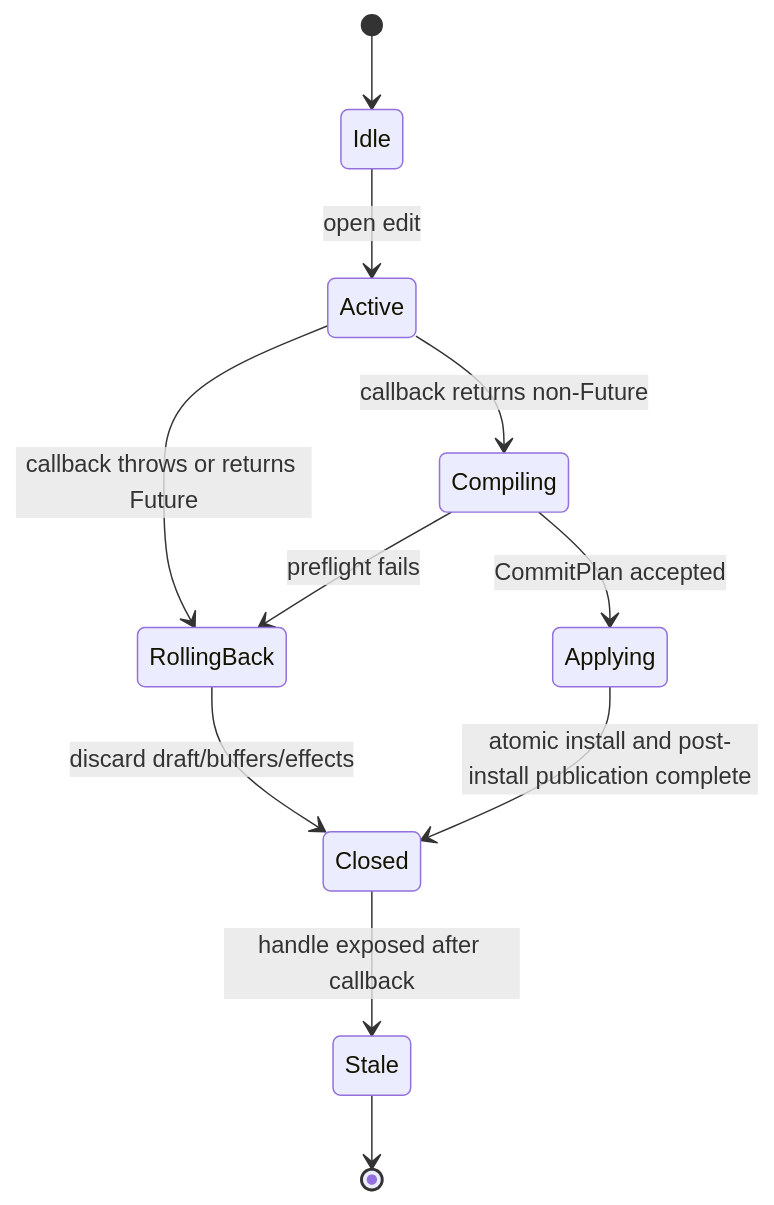
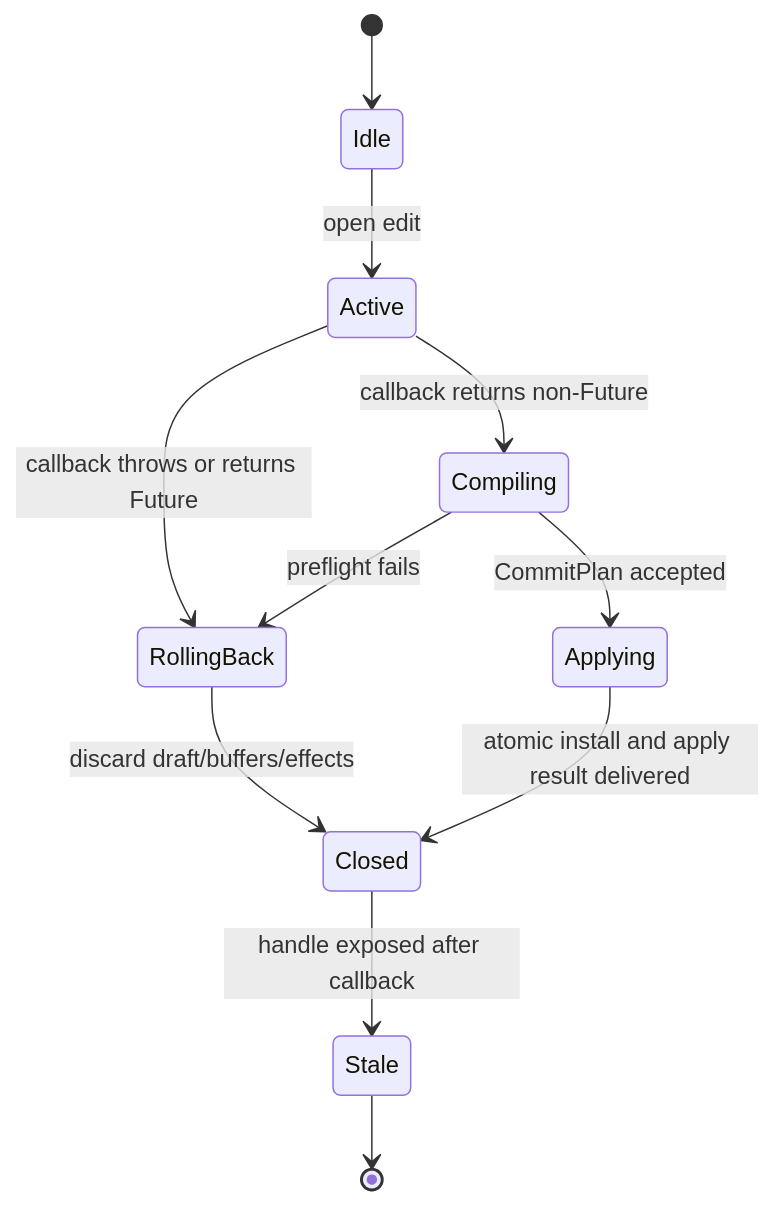
One commit to GreatPika/iwb_canvas_engine changed the fourth of 4 diagrams in .design/2026-05-24-p5-edit-core.md. Above: the diagram before and after it, drawn with Mermaid. The commit also changed other lines of this file, not shown here.

````diff
--- a/.design/2026-05-24-p5-edit-core.md
+++ b/.design/2026-05-24-p5-edit-core.md
@@ -445,13 +486,13 @@
 ```mermaid
 stateDiagram-v2
   [*] --> Idle
   Idle --> Active: open edit
   Active --> RollingBack: callback throws or returns Future
   Active --> Compiling: callback returns non-Future
   Compiling --> RollingBack: preflight fails
   Compiling --> Applying: CommitPlan accepted
-  Applying --> Closed: atomic install and post-install publication complete
+  Applying --> Closed: atomic install and apply result delivered
   RollingBack --> Closed: discard draft/buffers/effects
   Closed --> Stale: handle exposed after callback
   Stale --> [*]
 ```
````
